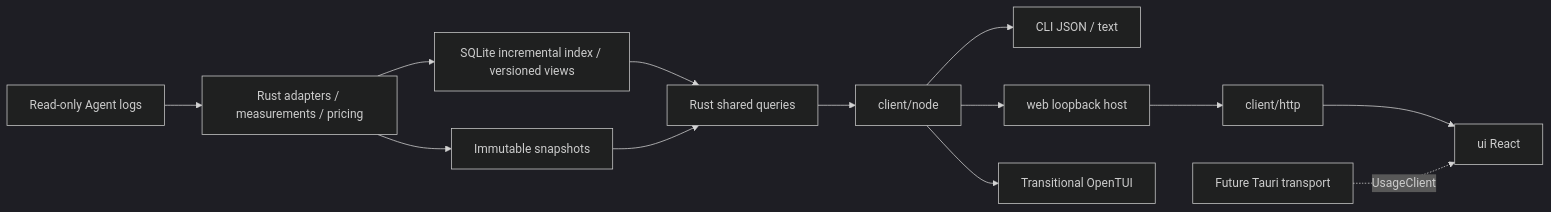
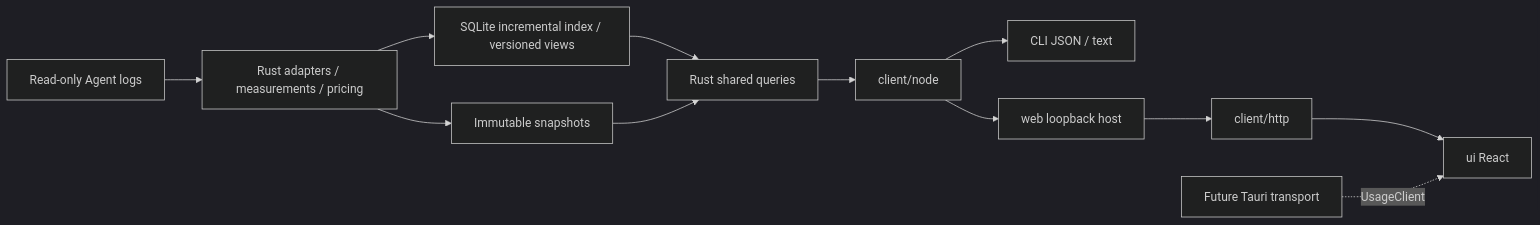
One commit to wangyan9110/wombat changed the diagram in docs/development/architecture.en.md. Above: the diagram before and after it, drawn with Mermaid (dark theme). The commit also changed other lines of this file and 172 other files, not shown here.

````diff
--- a/docs/development/architecture.en.md
+++ b/docs/development/architecture.en.md
@@ -9,15 +9,14 @@
 ```mermaid
 flowchart LR
   L[Read-only Agent logs] --> A[Rust adapters / measurements / pricing]
   A --> D[SQLite incremental index / versioned views]
   A --> S[Immutable snapshots]
   D --> Q[Rust shared queries]
   S --> Q
   Q --> N[client/node]
   N --> C[CLI JSON / text]
   N --> W[web loopback host]
-  N --> T[Transitional OpenTUI]
   W --> H[client/http]
   H --> U[ui React]
   F[Future Tauri transport] -. UsageClient .-> U
 ```
````
